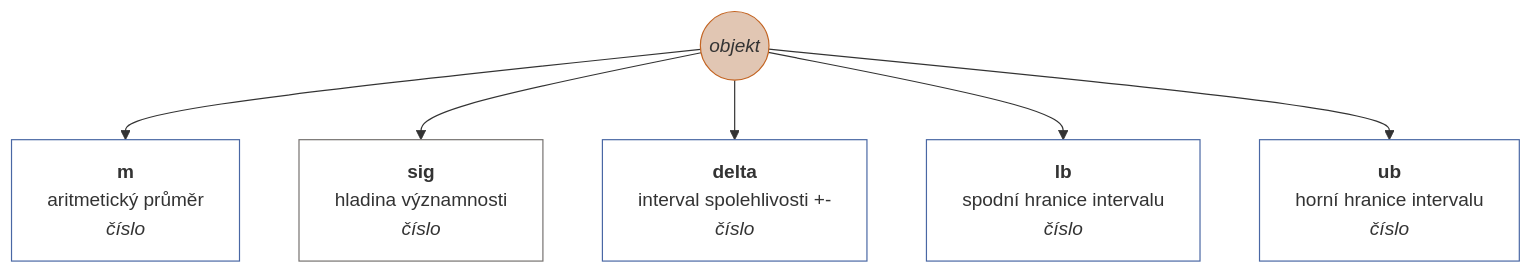
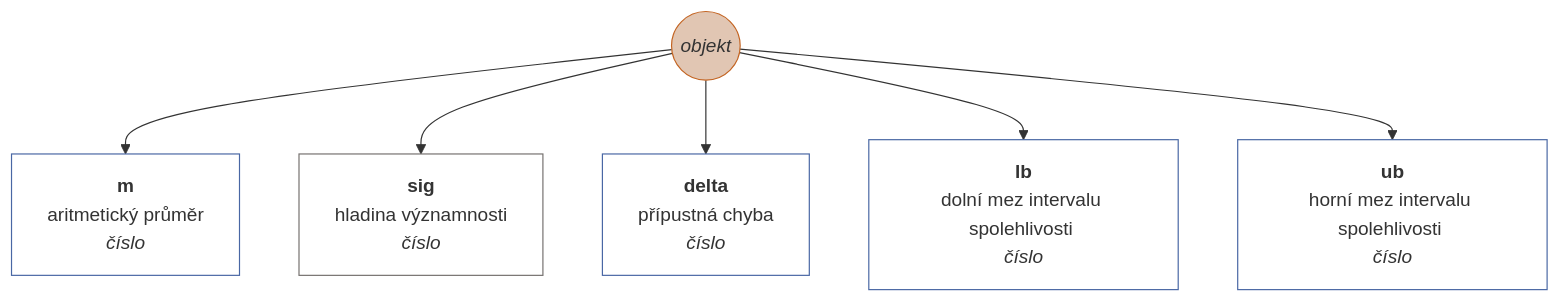
One commit to muzikp/retusa changed diagram 20 of 24 in docs/cs-CZ/vector.md. Above: the diagram before and after it, drawn with Mermaid. The commit also changed other lines of this file and 11 other files, not shown here.

````diff
--- a/docs/cs-CZ/vector.md
+++ b/docs/cs-CZ/vector.md
@@ -625,22 +625,22 @@
 ```mermaid
 graph TD
 mci((<i>objekt</i>))
 style mci fill:#E1C6B3;
 style mci stroke:#C36422;
 mci --> m[<b>m</b><br>aritmetický průměr <br><i>číslo</i>]
 style m fill:#FFFFFF;
 style m stroke:#4967A4;
 mci --> sig[<b>sig</b><br>hladina významnosti <br><i>číslo</i>]
 style sig fill:#FFFFFF;
 style sig stroke:#75716F;
-mci --> delta[<b>delta</b><br>interval spolehlivosti +- <br><i>číslo</i>]
+mci --> delta[<b>delta</b><br>přípustná chyba <br><i>číslo</i>]
 style delta fill:#FFFFFF;
 style delta stroke:#4967A4;
-mci --> lb[<b>lb</b><br>spodní hranice intervalu <br><i>číslo</i>]
+mci --> lb[<b>lb</b><br>dolní mez intervalu spolehlivosti <br><i>číslo</i>]
 style lb fill:#FFFFFF;
 style lb stroke:#4967A4;
-mci --> ub[<b>ub</b><br>horní hranice intervalu <br><i>číslo</i>]
+mci --> ub[<b>ub</b><br>horní mez intervalu spolehlivosti <br><i>číslo</i>]
 style ub fill:#FFFFFF;
 style ub stroke:#4967A4;
 
 ```
````
